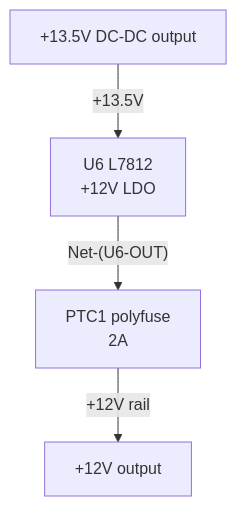
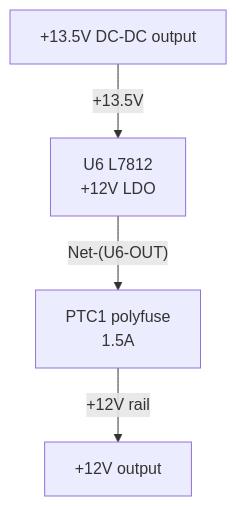
Before and after one commit to Takazudo/zudo-power-usb-pd: the diagram in CLAUDE.md, drawn with Mermaid. The commit also changed other lines of this file and 8 other files, not shown here.

````diff
--- a/CLAUDE.md
+++ b/CLAUDE.md
@@ -129,6 +220,6 @@
 ```mermaid
 flowchart TD
   DCDC["+13.5V DC-DC output"] -->|"+13.5V"| U6["U6 L7812\n+12V LDO"]
-  U6 -->|"Net-(U6-OUT)"| PTC1["PTC1 polyfuse\n2A"]
+  U6 -->|"Net-(U6-OUT)"| PTC1["PTC1 polyfuse\n1.5A"]
   PTC1 -->|"+12V rail"| OUT12["+12V output"]
 ```
````
